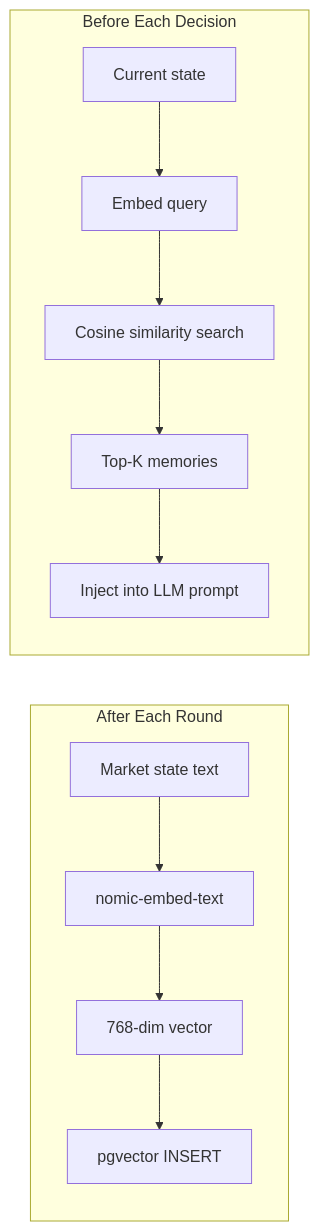
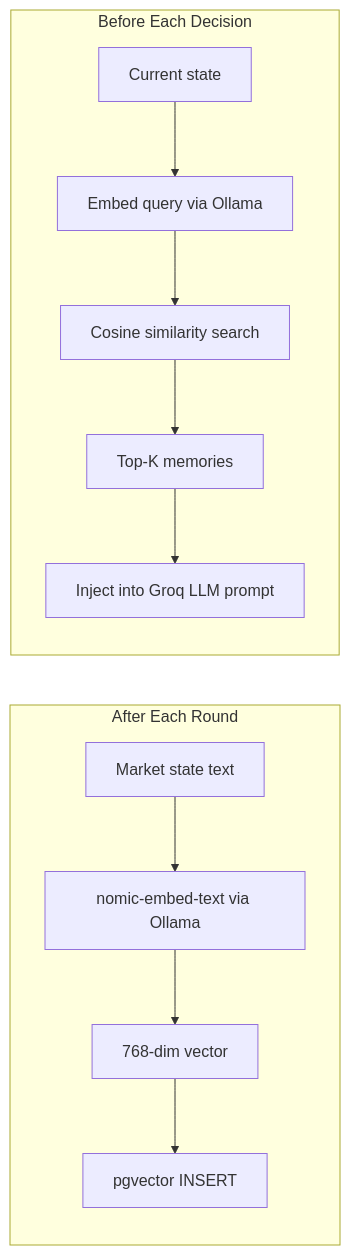
The fifth of 7 diagrams in echo_project_guide.md (ARYANRAJ1121/ECHO), drawn with Mermaid before and after one commit. The commit also changed other lines of this file and 3 other files, not shown here.

````diff
--- a/echo_project_guide.md
+++ b/echo_project_guide.md
@@ -391,15 +428,15 @@
 ```mermaid
 graph LR
     subgraph Store["After Each Round"]
-        A["Market state text"] --> B["nomic-embed-text"]
+        A["Market state text"] --> B["nomic-embed-text via Ollama"]
         B --> C["768-dim vector"]
         C --> D["pgvector INSERT"]
     end
     
     subgraph Retrieve["Before Each Decision"]
-        E["Current state"] --> F["Embed query"]
+        E["Current state"] --> F["Embed query via Ollama"]
         F --> G["Cosine similarity search"]
         G --> H["Top-K memories"]
-        H --> I["Inject into LLM prompt"]
+        H --> I["Inject into Groq LLM prompt"]
     end
 ```
````
